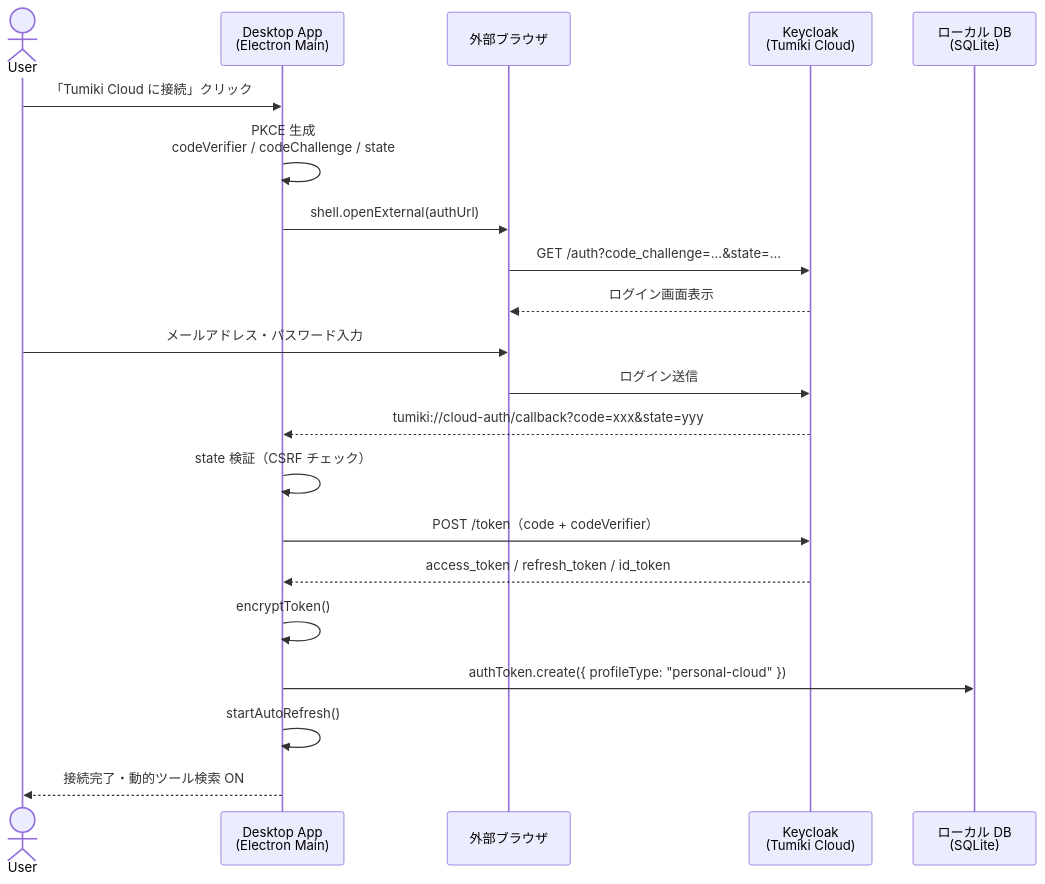
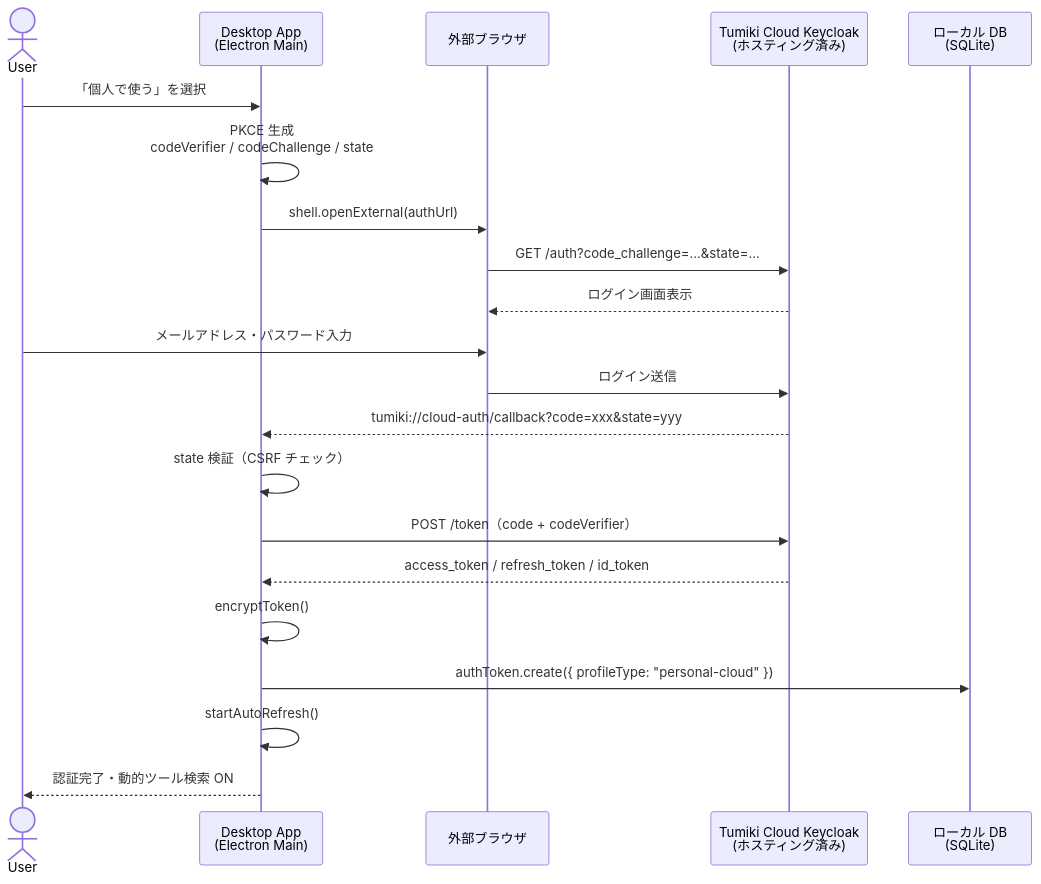
One commit to rayven122/tumiki changed the first of 5 diagrams in .claude/dynamic-tool-search-design.md. Above: the diagram before and after it, drawn with Mermaid. The commit also changed other lines of this file, not shown here.

Commit message:
docs: update design - personal profile requires mandatory Keycloak auth, org profile supports self-hosted or cloud Keycloak

````diff
--- a/.claude/dynamic-tool-search-design.md
+++ b/.claude/dynamic-tool-search-design.md
@@ -89,24 +97,24 @@
 ```mermaid
 sequenceDiagram
     actor User
     participant Desktop as Desktop App<br/>(Electron Main)
     participant Browser as 外部ブラウザ
-    participant Keycloak as Keycloak<br/>(Tumiki Cloud)
+    participant Keycloak as Tumiki Cloud Keycloak<br/>(ホスティング済み)
     participant DB as ローカル DB<br/>(SQLite)
 
-    User->>Desktop: 「Tumiki Cloud に接続」クリック
+    User->>Desktop: 「個人で使う」を選択
     Desktop->>Desktop: PKCE 生成<br/>codeVerifier / codeChallenge / state
     Desktop->>Browser: shell.openExternal(authUrl)
     Browser->>Keycloak: GET /auth?code_challenge=...&state=...
     Keycloak-->>Browser: ログイン画面表示
     User->>Browser: メールアドレス・パスワード入力
     Browser->>Keycloak: ログイン送信
     Keycloak-->>Desktop: tumiki://cloud-auth/callback?code=xxx&state=yyy
     Desktop->>Desktop: state 検証（CSRF チェック）
     Desktop->>Keycloak: POST /token（code + codeVerifier）
     Keycloak-->>Desktop: access_token / refresh_token / id_token
     Desktop->>Desktop: encryptToken()
     Desktop->>DB: authToken.create({ profileType: "personal-cloud" })
     Desktop->>Desktop: startAutoRefresh()
-    Desktop-->>User: 接続完了・動的ツール検索 ON
+    Desktop-->>User: 認証完了・動的ツール検索 ON
 ```
````
